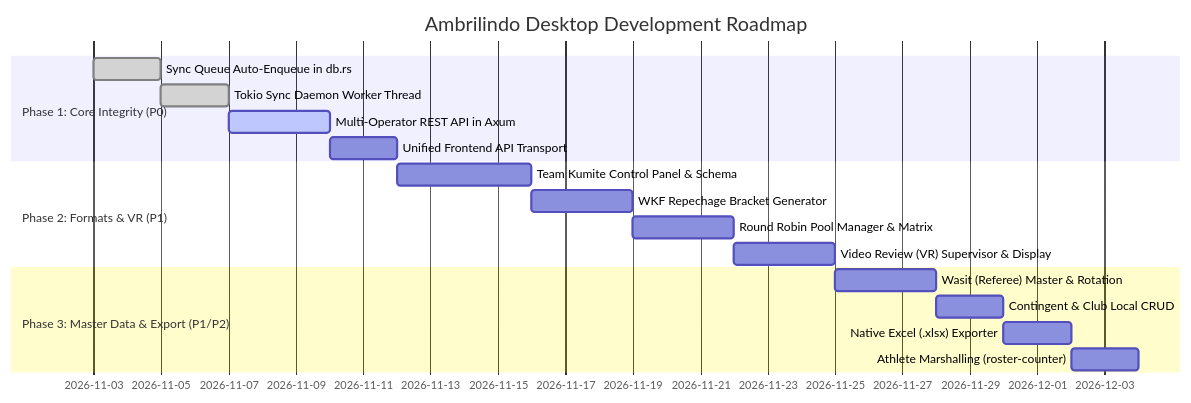
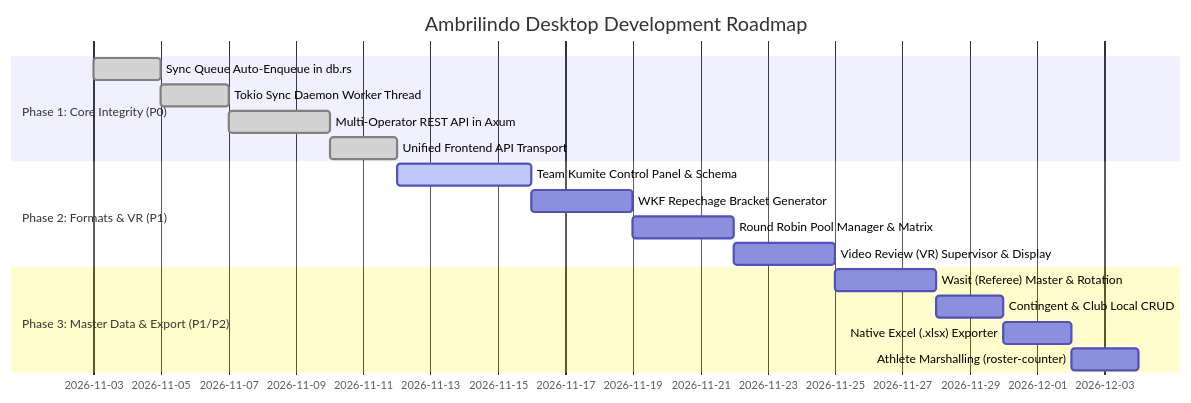
Before and after one commit to wellyfishy/ambrilindo_desktop: the diagram in PRD_AMBRILINDO_DESKTOP.md, drawn with Mermaid. The commit also changed other lines of this file and 14 other files, not shown here.

Commit message:
feat(lan): implement multi-operator LAN client mode with Axum REST API and unified api_client transport

````diff
--- a/PRD_AMBRILINDO_DESKTOP.md
+++ b/PRD_AMBRILINDO_DESKTOP.md
@@ -277,22 +283,22 @@
 ```mermaid
 gantt
     title Ambrilindo Desktop Development Roadmap
     dateFormat  YYYY-MM-DD
     section Phase 1: Core Integrity (P0)
     Sync Queue Auto-Enqueue in db.rs       :done, 2026-11-03, 2d
     Tokio Sync Daemon Worker Thread        :done, 2026-11-05, 2d
-    Multi-Operator REST API in Axum        :active, 2026-11-07, 3d
-    Unified Frontend API Transport         :2026-11-10, 2d
+    Multi-Operator REST API in Axum        :done, 2026-11-07, 3d
+    Unified Frontend API Transport         :done, 2026-11-10, 2d
 
     section Phase 2: Formats & VR (P1)
-    Team Kumite Control Panel & Schema     :2026-11-12, 4d
+    Team Kumite Control Panel & Schema     :active, 2026-11-12, 4d
     WKF Repechage Bracket Generator        :2026-11-16, 3d
     Round Robin Pool Manager & Matrix      :2026-11-19, 3d
     Video Review (VR) Supervisor & Display :2026-11-22, 3d
 
     section Phase 3: Master Data & Export (P1/P2)
     Wasit (Referee) Master & Rotation      :2026-11-25, 3d
     Contingent & Club Local CRUD           :2026-11-28, 2d
     Native Excel (.xlsx) Exporter          :2026-11-30, 2d
     Athlete Marshalling (roster-counter)   :2026-12-02, 2d
 ```
````
